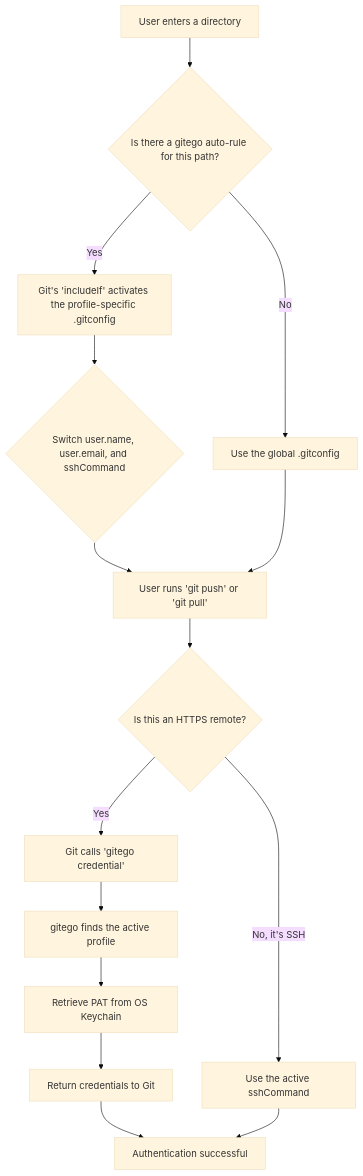
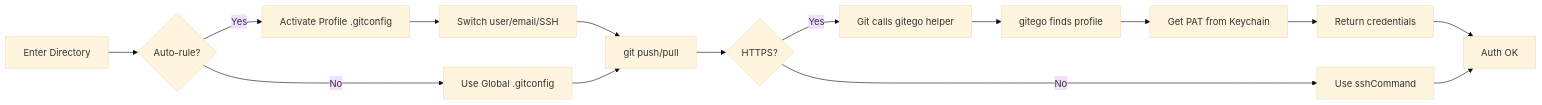
One commit to cktgho/gitego changed the diagram in README.md. Above: the diagram before and after it, drawn with Mermaid (base theme). The commit also changed other lines of this file and 16 other files, not shown here.

````diff
--- a/README.md
+++ b/README.md
@@ -174,17 +136,17 @@
 ```mermaid
-graph TD
-    A[User enters a directory] --> B{Is there a gitego auto-rule for this path?};
-    B -- Yes --> C[Git's 'includeIf' activates the profile-specific .gitconfig];
-    C --> D{Switch user.name, user.email, and sshCommand};
-    B -- No --> E[Use the global .gitconfig];
-    D --> F[User runs 'git push' or 'git pull'];
+graph LR
+    A[Enter Directory] --> B{Auto-rule?};
+    B -- Yes --> C[Activate Profile .gitconfig];
+    C --> D[Switch user/email/SSH];
+    B -- No --> E[Use Global .gitconfig];
+    D --> F[git push/pull];
     E --> F;
-    F --> G{Is this an HTTPS remote?};
-    G -- Yes --> H[Git calls 'gitego credential'];
-    H --> I[gitego finds the active profile];
-    I --> J[Retrieve PAT from OS Keychain];
-    J --> K[Return credentials to Git];
-    G -- No, it's SSH --> L[Use the active sshCommand];
-    K --> M[Authentication successful];
-    L --> M;
+    F --> G{HTTPS?};
+    G -- Yes --> H[Git calls gitego helper];
+    H --> I[gitego finds profile];
+    I --> J[Get PAT from Keychain];
+    J --> K[Return credentials];
+    G -- No --> L[Use sshCommand];
+    K --> M[Auth OK];
+    L --> M[Auth OK];
 ```
````
